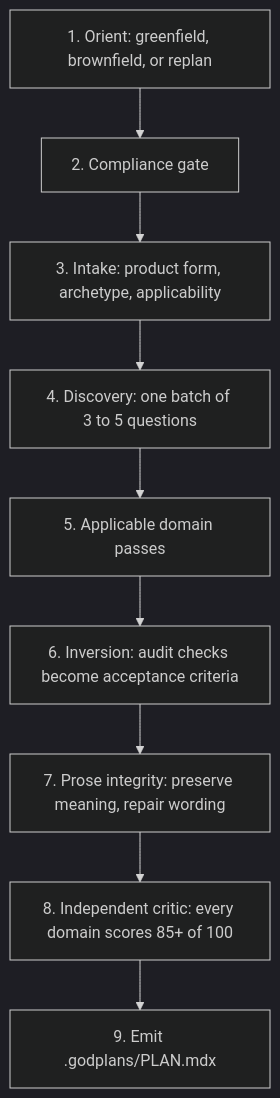
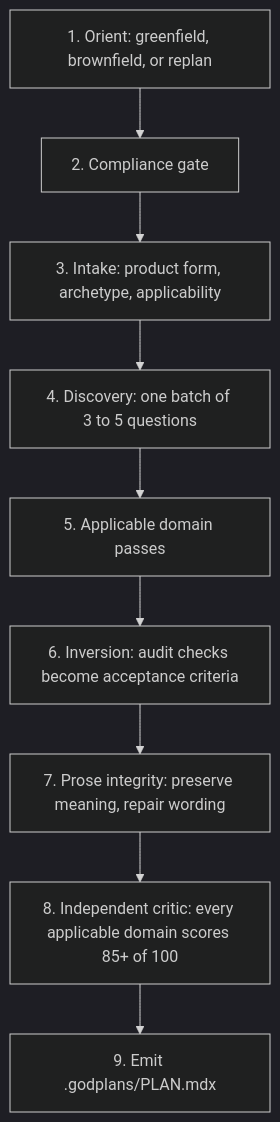
The diagram in docs/ABOUT.md (hannsxpeter/godplans), drawn with Mermaid (dark theme) before and after one commit. The commit also changed other lines of this file and 13 other files, not shown here.

````diff
--- a/docs/ABOUT.md
+++ b/docs/ABOUT.md
@@ -38,11 +38,11 @@
 ```mermaid
 graph TD
   A[1. Orient: greenfield, brownfield, or replan] --> B[2. Compliance gate]
   B --> C[3. Intake: product form, archetype, applicability]
   C --> D[4. Discovery: one batch of 3 to 5 questions]
   D --> E[5. Applicable domain passes]
   E --> F[6. Inversion: audit checks become acceptance criteria]
   F --> G[7. Prose integrity: preserve meaning, repair wording]
-  G --> H[8. Independent critic: every domain scores 85+ of 100]
+  G --> H[8. Independent critic: every applicable domain scores 85+ of 100]
   H --> I[9. Emit .godplans/PLAN.mdx]
 ```
````
